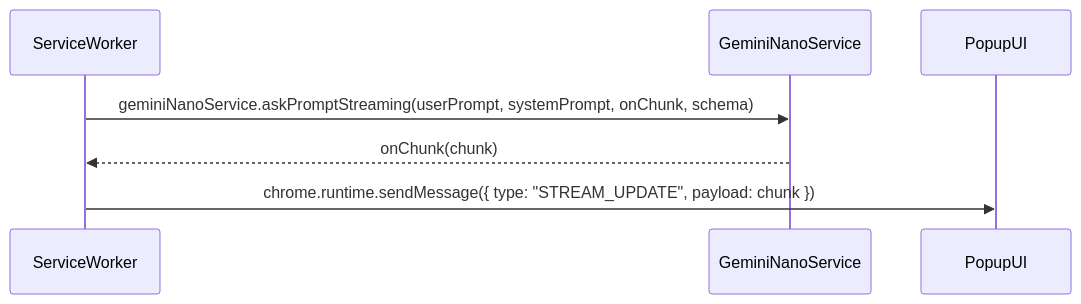
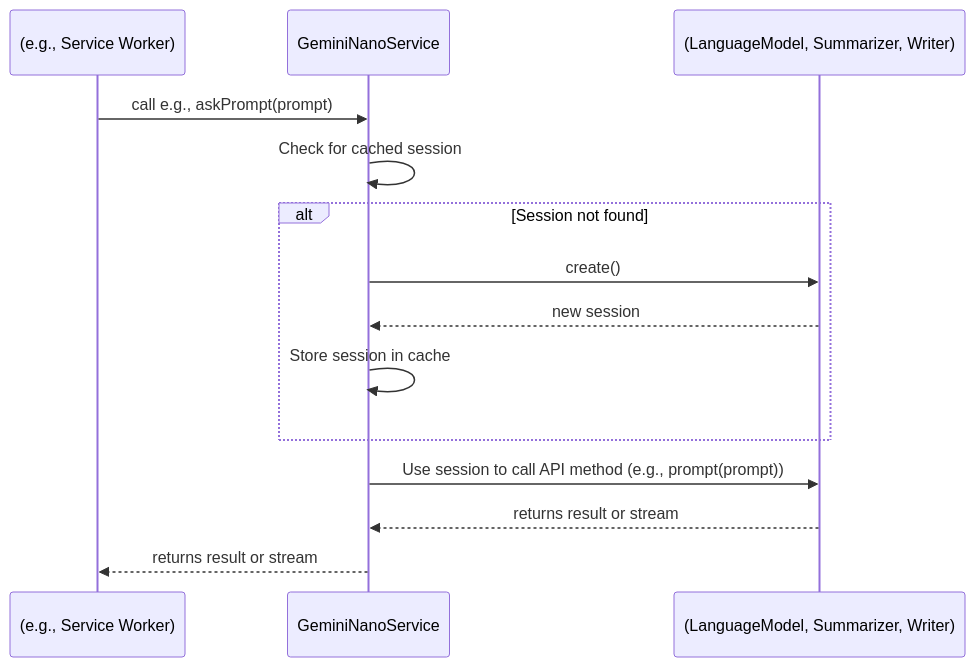
Before and after one commit to JordanScarrott/castor-chrome-extension: the first of 2 diagrams in GEMINI_API_FLOW.md, drawn with Mermaid. The commit also changed other lines of this file and 1 other file, not shown here.

First line of the commit message:
docs: Update Mermaid diagrams to reflect `GeminiNanoService` refactor

````diff
--- a/GEMINI_API_FLOW.md
+++ b/GEMINI_API_FLOW.md
@@ -40,10 +13,17 @@
 ```mermaid
 sequenceDiagram
-    participant ServiceWorker
+    participant ClientCode as (e.g., Service Worker)
     participant GeminiNanoService
-    participant PopupUI
+    participant GeminiNanoAPI as (LanguageModel, Summarizer, Writer)
 
-    ServiceWorker->>GeminiNanoService: geminiNanoService.askPromptStreaming(userPrompt, systemPrompt, onChunk, schema)
-    GeminiNanoService-->>ServiceWorker: onChunk(chunk)
-    ServiceWorker->>PopupUI: chrome.runtime.sendMessage({ type: "STREAM_UPDATE", payload: chunk })
+    ClientCode->>GeminiNanoService: call e.g., askPrompt(prompt)
+    GeminiNanoService->>GeminiNanoService: Check for cached session
+    alt Session not found
+        GeminiNanoService->>GeminiNanoAPI: create()
+        GeminiNanoAPI-->>GeminiNanoService: new session
+        GeminiNanoService->>GeminiNanoService: Store session in cache
+    end
+    GeminiNanoService->>GeminiNanoAPI: Use session to call API method (e.g., prompt(prompt))
+    GeminiNanoAPI-->>GeminiNanoService: returns result or stream
+    GeminiNanoService-->>ClientCode: returns result or stream
 ```
````
